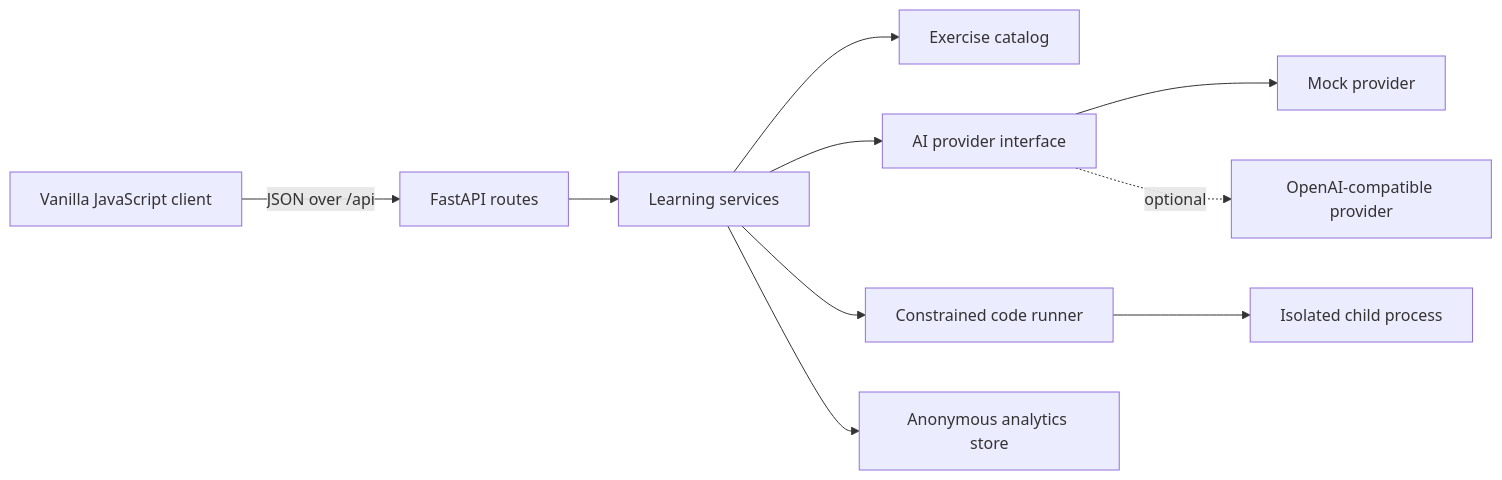
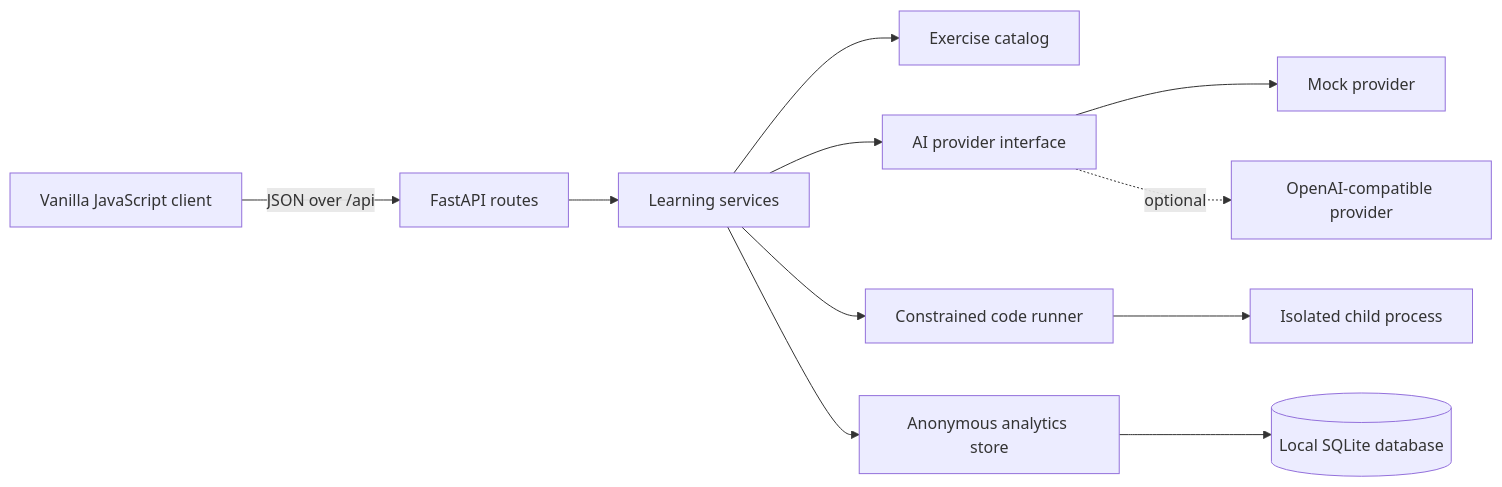
The diagram in docs/architecture.md (kshres31/ai-assisted-learning-tool), drawn with Mermaid before and after one commit. The commit also changed other lines of this file and 18 other files, not shown here.

````diff
--- a/docs/architecture.md
+++ b/docs/architecture.md
@@ -7,12 +7,13 @@
 ```mermaid
 flowchart LR
     Browser[Vanilla JavaScript client] -->|JSON over /api| API[FastAPI routes]
     API --> Learning[Learning services]
     Learning --> Exercises[Exercise catalog]
     Learning --> AI[AI provider interface]
     Learning --> Runner[Constrained code runner]
     Learning --> Analytics[Anonymous analytics store]
     AI --> Mock[Mock provider]
     AI -. optional .-> Compatible[OpenAI-compatible provider]
     Runner --> Process[Isolated child process]
+    Analytics --> SQLite[(Local SQLite database)]
 ```
````
